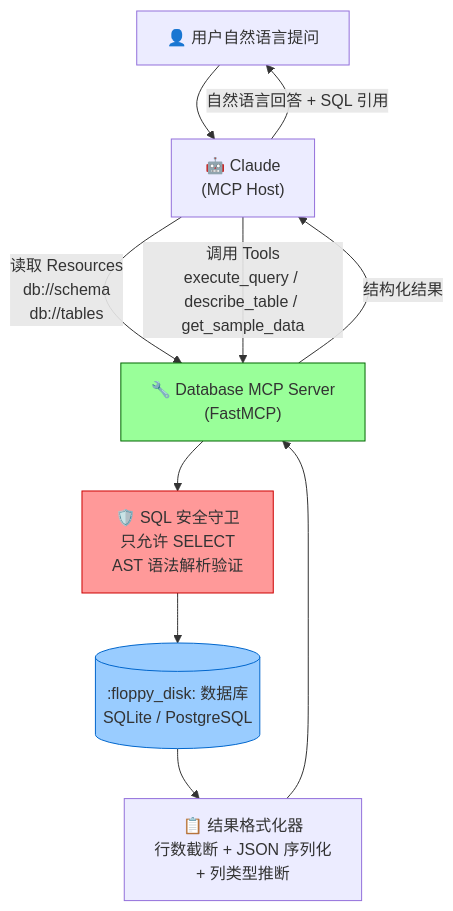
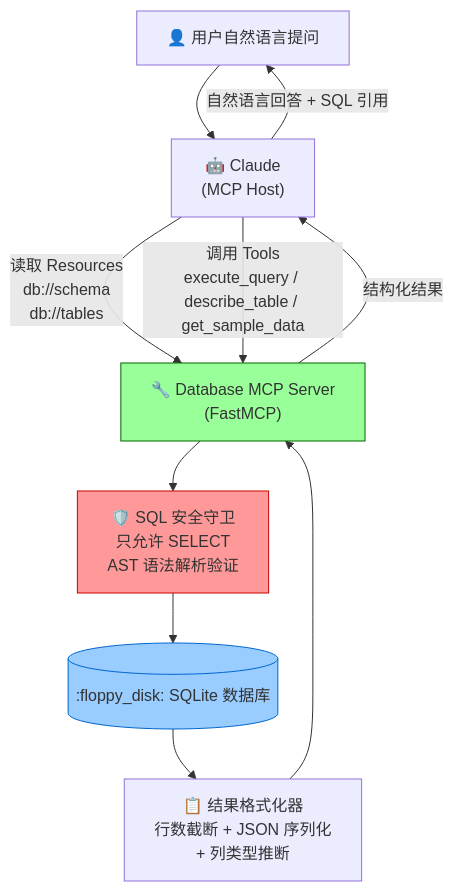
The diagram in docs/AI Agent 与大模型应用开发实战手册/第三章 Function Calling MCP 与工具使用/3.2.2 【动手二】数据库查询 MCP Server.md (swf2020/AI-Agent-in-Practice), drawn with Mermaid before and after one commit. The commit also changed other lines of this file and 40 other files, not shown here.

````diff
--- a/docs/AI Agent 与大模型应用开发实战手册/第三章 Function Calling MCP 与工具使用/3.2.2 【动手二】数据库查询 MCP Server.md
+++ b/docs/AI Agent 与大模型应用开发实战手册/第三章 Function Calling MCP 与工具使用/3.2.2 【动手二】数据库查询 MCP Server.md
@@ -18,18 +18,18 @@
 ```mermaid
 graph TD
     User["👤 用户自然语言提问"] --> Claude["🤖 Claude\n(MCP Host)"]
-    
+
     Claude -->|"读取 Resources\ndb://schema\ndb://tables"| MCPServer["🔧 Database MCP Server\n(FastMCP)"]
     Claude -->|"调用 Tools\nexecute_query / describe_table / get_sample_data"| MCPServer
 
     MCPServer --> Guard["🛡️ SQL 安全守卫\n只允许 SELECT\nAST 语法解析验证"]
-    Guard --> DB[(":floppy_disk: 数据库\nSQLite / PostgreSQL")]
+    Guard --> DB[(":floppy_disk: SQLite 数据库")]
     DB --> Formatter["📋 结果格式化器\n行数截断 + JSON 序列化\n+ 列类型推断"]
     Formatter --> MCPServer
     MCPServer -->|"结构化结果"| Claude
     Claude -->|"自然语言回答 + SQL 引用"| User
 
     style Guard fill:#ff9999,stroke:#cc0000
     style DB fill:#99ccff,stroke:#0066cc
     style MCPServer fill:#99ff99,stroke:#006600
 ```
````
